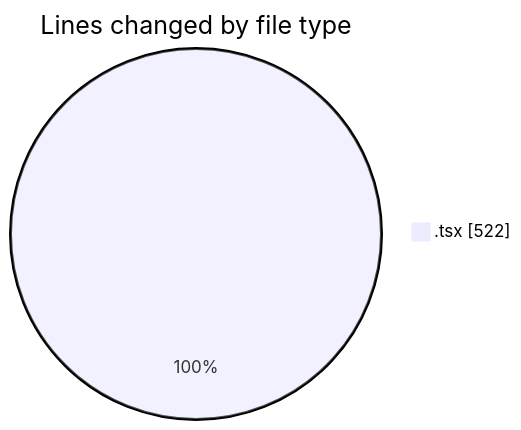
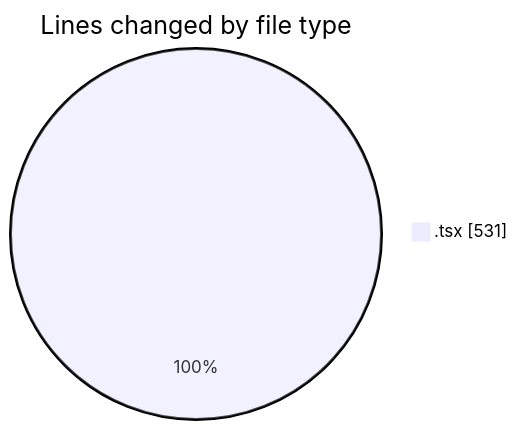
One commit to momahboobian/code-tracking changed the first of 2 diagrams in 2026-04-23/cda/README.md. Above: the diagram before and after it, drawn with Mermaid. The commit also changed other lines of this file and 1 other file, not shown here.

````diff
--- a/2026-04-23/cda/README.md
+++ b/2026-04-23/cda/README.md
@@ -25,5 +25,5 @@
 ```mermaid
 pie showData
 title Lines changed by file type
-".tsx" : 522
+".tsx" : 531
 ```
````
